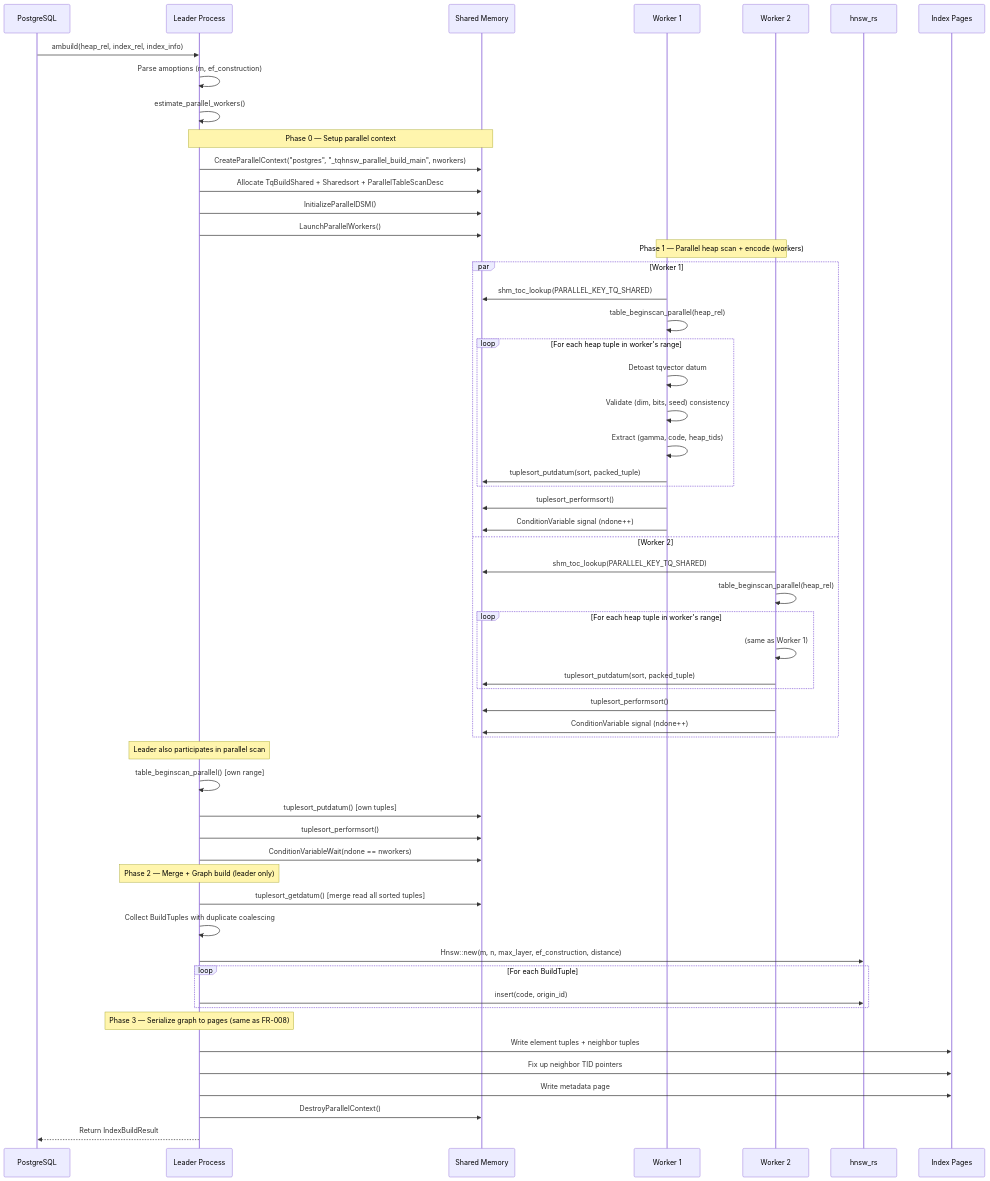
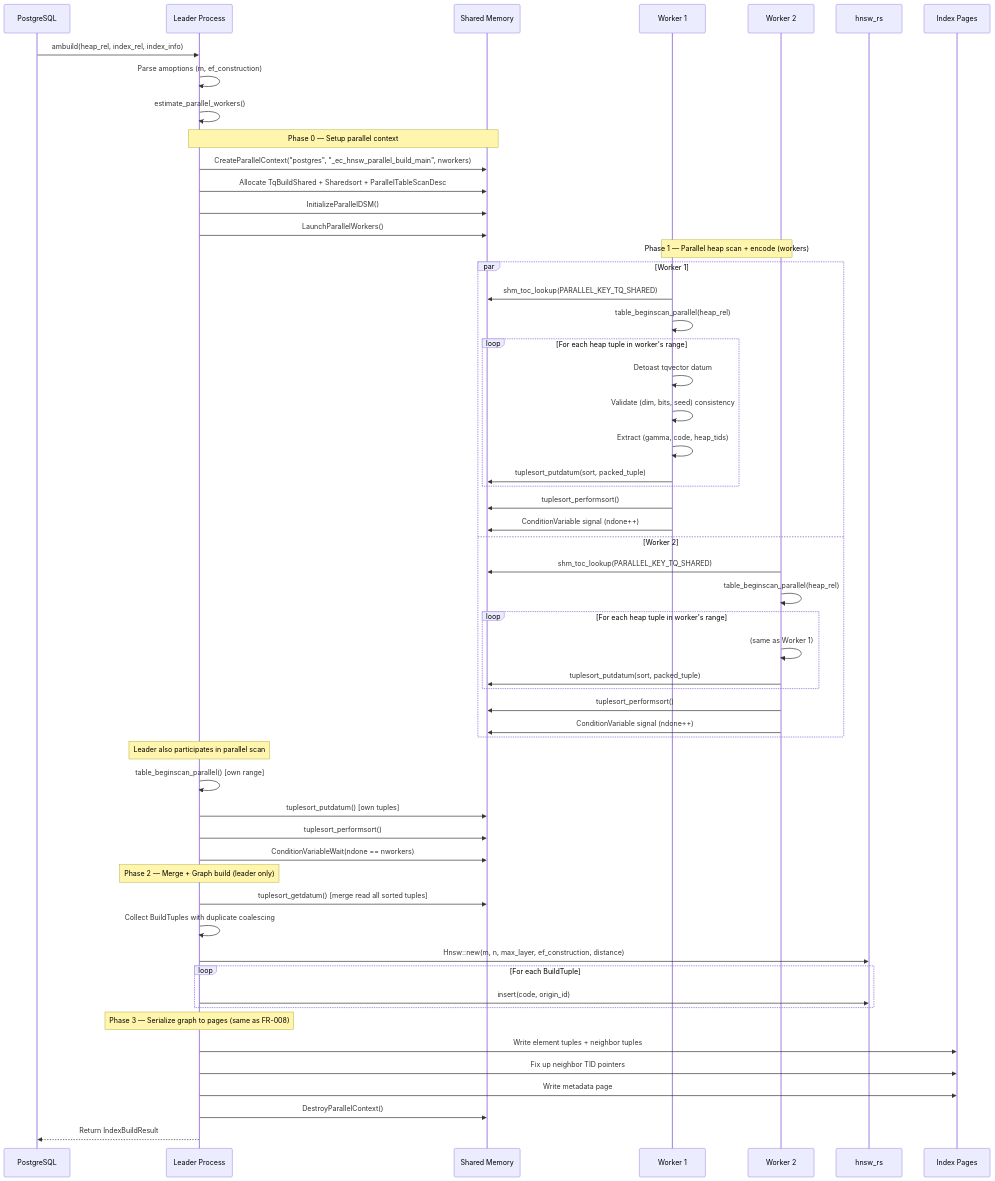
Before and after one commit to agent-ix/ecaz: the diagram in spec/functional/FR-021-parallel-build.md, drawn with Mermaid. The commit also changed other lines of this file and 107 other files, not shown here.

````diff
--- a/spec/functional/FR-021-parallel-build.md
+++ b/spec/functional/FR-021-parallel-build.md
@@ -53,71 +53,71 @@
 ```mermaid
 sequenceDiagram
     participant PG as PostgreSQL
     participant Leader as Leader Process
     participant DSM as Shared Memory
     participant W1 as Worker 1
     participant W2 as Worker 2
     participant HNSW as hnsw_rs
     participant Pages as Index Pages
 
     PG->>Leader: ambuild(heap_rel, index_rel, index_info)
     Leader->>Leader: Parse amoptions (m, ef_construction)
     Leader->>Leader: estimate_parallel_workers()
 
     Note over Leader,DSM: Phase 0 — Setup parallel context
 
-    Leader->>DSM: CreateParallelContext("postgres", "_tqhnsw_parallel_build_main", nworkers)
+    Leader->>DSM: CreateParallelContext("postgres", "_ec_hnsw_parallel_build_main", nworkers)
     Leader->>DSM: Allocate TqBuildShared + Sharedsort + ParallelTableScanDesc
     Leader->>DSM: InitializeParallelDSM()
     Leader->>DSM: LaunchParallelWorkers()
 
     Note over W1,W2: Phase 1 — Parallel heap scan + encode (workers)
 
     par Worker 1
         W1->>DSM: shm_toc_lookup(PARALLEL_KEY_TQ_SHARED)
         W1->>W1: table_beginscan_parallel(heap_rel)
         loop For each heap tuple in worker's range
             W1->>W1: Detoast tqvector datum
             W1->>W1: Validate (dim, bits, seed) consistency
             W1->>W1: Extract (gamma, code, heap_tids)
             W1->>DSM: tuplesort_putdatum(sort, packed_tuple)
         end
         W1->>DSM: tuplesort_performsort()
         W1->>DSM: ConditionVariable signal (ndone++)
     and Worker 2
         W2->>DSM: shm_toc_lookup(PARALLEL_KEY_TQ_SHARED)
         W2->>W2: table_beginscan_parallel(heap_rel)
         loop For each heap tuple in worker's range
             W2->>W2: (same as Worker 1)
             W2->>DSM: tuplesort_putdatum(sort, packed_tuple)
         end
         W2->>DSM: tuplesort_performsort()
         W2->>DSM: ConditionVariable signal (ndone++)
     end
 
     Note over Leader: Leader also participates in parallel scan
 
     Leader->>Leader: table_beginscan_parallel() [own range]
     Leader->>DSM: tuplesort_putdatum() [own tuples]
     Leader->>DSM: tuplesort_performsort()
     Leader->>DSM: ConditionVariableWait(ndone == nworkers)
 
     Note over Leader: Phase 2 — Merge + Graph build (leader only)
 
     Leader->>DSM: tuplesort_getdatum() [merge read all sorted tuples]
     Leader->>Leader: Collect BuildTuples with duplicate coalescing
 
     Leader->>HNSW: Hnsw::new(m, n, max_layer, ef_construction, distance)
     loop For each BuildTuple
         Leader->>HNSW: insert(code, origin_id)
     end
 
     Note over Leader: Phase 3 — Serialize graph to pages (same as FR-008)
 
     Leader->>Pages: Write element tuples + neighbor tuples
     Leader->>Pages: Fix up neighbor TID pointers
     Leader->>Pages: Write metadata page
 
     Leader->>DSM: DestroyParallelContext()
     Leader-->>PG: Return IndexBuildResult
 ```
````
